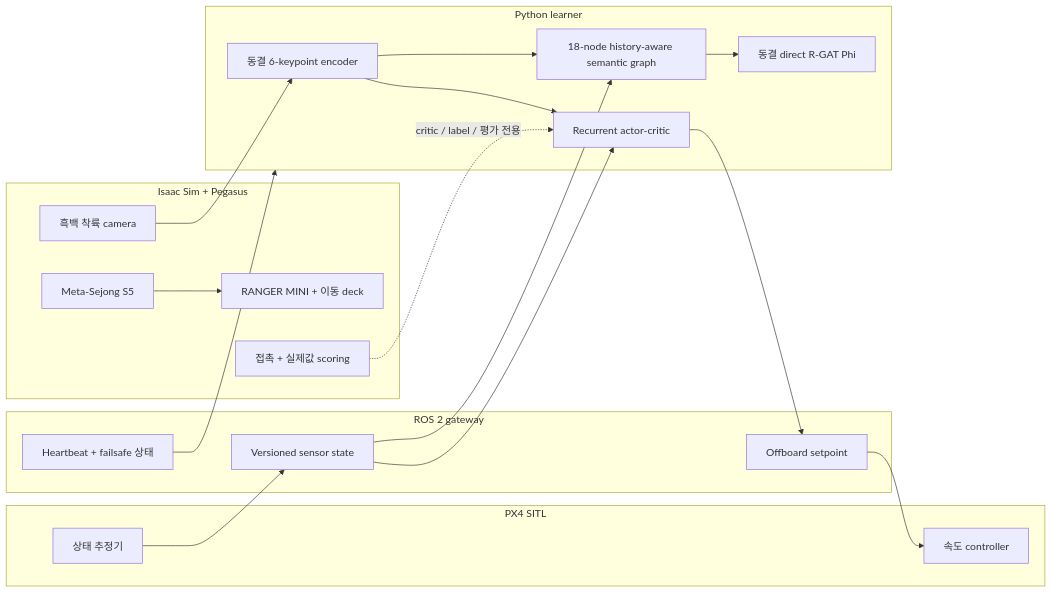
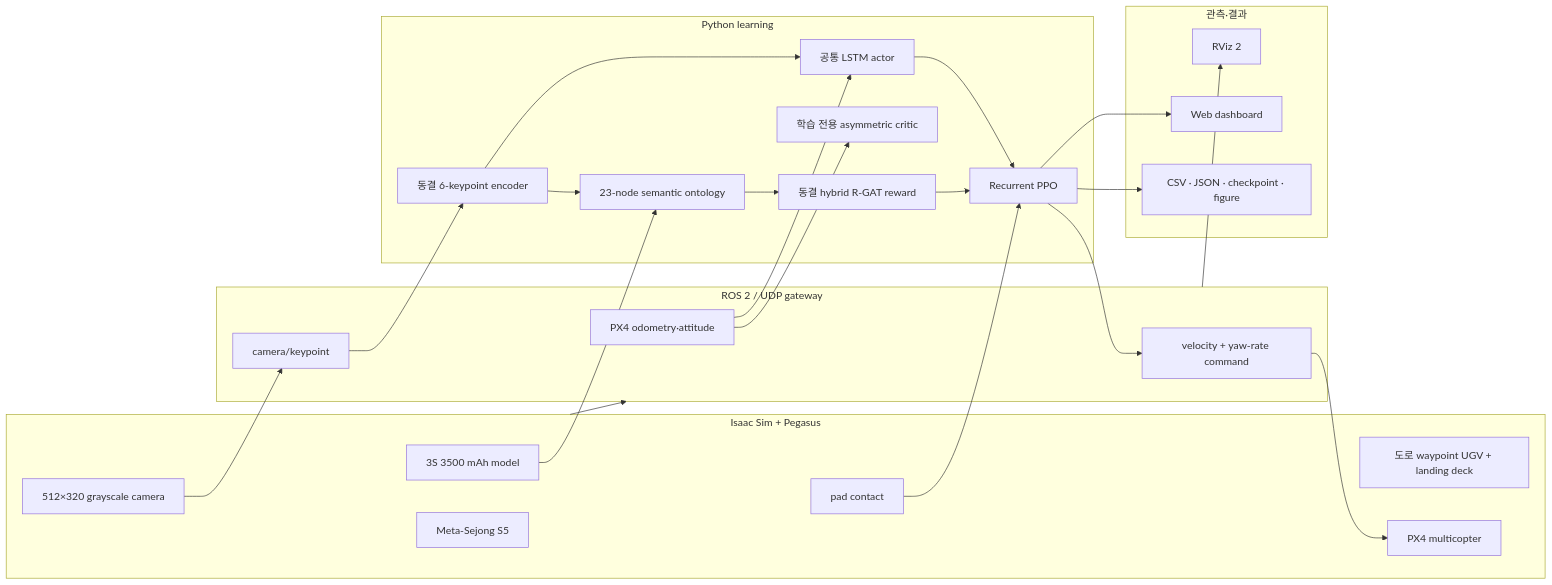
The first of 2 diagrams in Ontology_RGAT_UAV_RL_ISAAC_PX4/docs/SYSTEM_OVERVIEW.md (junsuk123/OntoReward-RL), drawn with Mermaid before and after one commit. The commit also changed other lines of this file and 30 other files, not shown here.

````diff
--- a/Ontology_RGAT_UAV_RL_ISAAC_PX4/docs/SYSTEM_OVERVIEW.md
+++ b/Ontology_RGAT_UAV_RL_ISAAC_PX4/docs/SYSTEM_OVERVIEW.md
@@ -12,31 +26,39 @@
 ```mermaid
 flowchart LR
   subgraph SIM[Isaac Sim + Pegasus]
     MAP[Meta-Sejong S5]
-    UGV[RANGER MINI + 이동 deck]
-    CAM[흑백 착륙 camera]
-    CONTACT[접촉 + 실제값 scoring]
+    UGV[도로 waypoint UGV + landing deck]
+    UAV[PX4 multicopter]
+    CAM[512×320 grayscale camera]
+    CONTACT[pad contact]
+    BAT[3S 3500 mAh model]
   end
-  subgraph PX[PX4 SITL]
-    EKF[상태 추정기]
-    CTRL[속도 controller]
+  subgraph IO[ROS 2 / UDP gateway]
+    ODOM[PX4 odometry·attitude]
+    IMG[camera/keypoint]
+    CMD[velocity + yaw-rate command]
   end
-  subgraph GW[ROS 2 gateway]
-    STATE[Versioned sensor state]
-    CMD[Offboard setpoint]
-    SAFE[Heartbeat + failsafe 상태]
+  subgraph LEARN[Python learning]
+    ENC[동결 6-keypoint encoder]
+    LSTM[공통 LSTM actor]
+    CRITIC[학습 전용 asymmetric critic]
+    GRAPH[23-node semantic ontology]
+    RGAT[동결 hybrid R-GAT reward]
+    PPO[Recurrent PPO]
   end
-  subgraph LEARN[Python learner]
-    KP[동결 6-keypoint encoder]
-    REC[Recurrent actor-critic]
-    SEM[18-node history-aware semantic graph]
-    RGAT[동결 direct R-GAT Phi]
+  subgraph VIZ[관측·결과]
+    RVIZ[RViz 2]
+    DASH[Web dashboard]
+    OUT[CSV · JSON · checkpoint · figure]
   end
-  CAM --> KP --> REC --> CMD --> CTRL
-  EKF --> STATE --> REC
-  KP --> SEM --> RGAT
-  STATE --> SEM
-  CONTACT -. critic / label / 평가 전용 .-> REC
-  MAP --> UGV
-  SAFE --> LEARN
+  CAM --> IMG --> ENC --> LSTM --> PPO --> CMD --> UAV
+  ODOM --> LSTM
+  ODOM --> CRITIC
+  ENC --> GRAPH --> RGAT --> PPO
+  BAT --> GRAPH
+  CONTACT --> PPO
+  SIM --> IO
+  IO --> RVIZ
+  PPO --> DASH
+  PPO --> OUT
 ```
````
